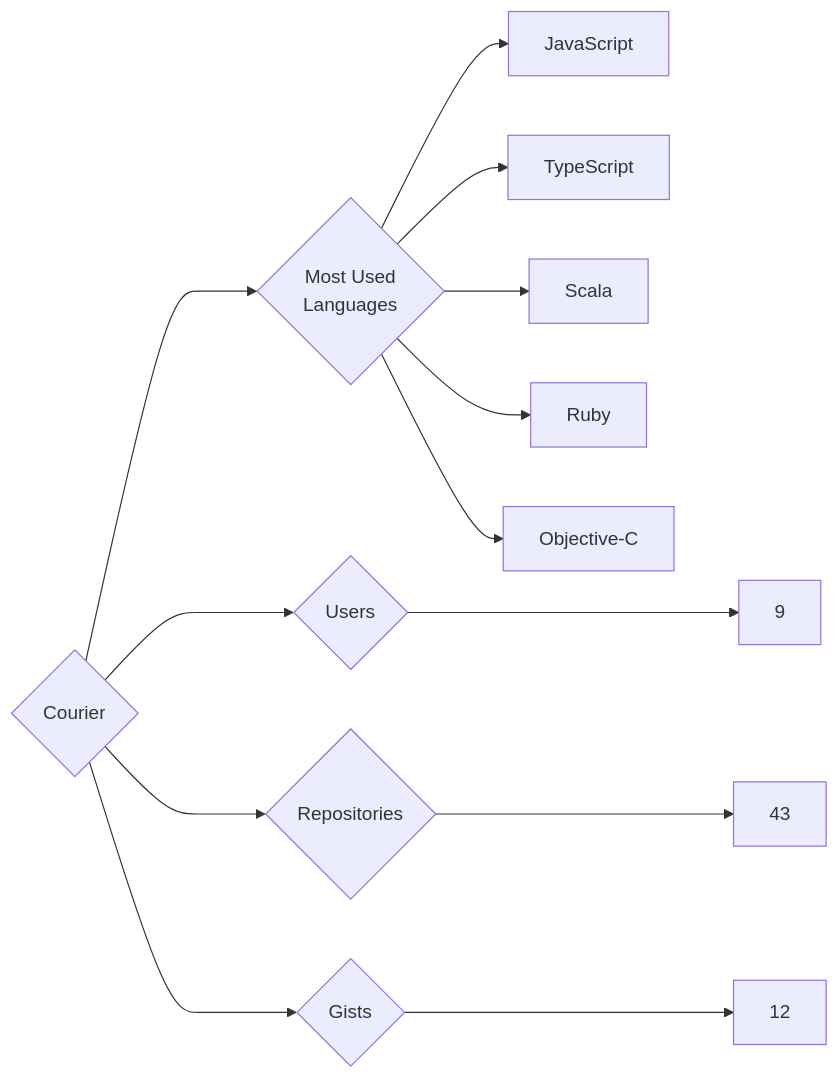
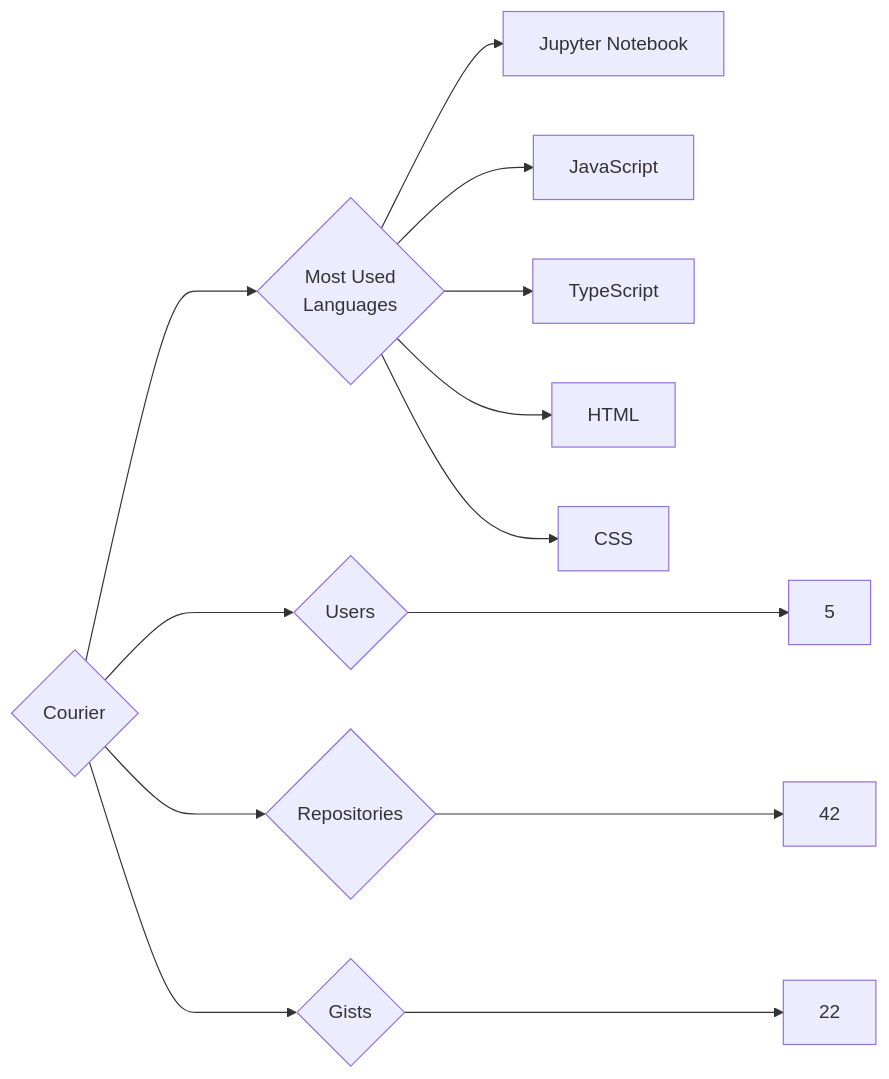
One commit to trickest/insiders changed the diagram in targets/Courier/README.md. Above: the diagram before and after it, drawn with Mermaid. The commit also changed 859 other files, not shown here.

````diff
--- a/targets/Courier/README.md
+++ b/targets/Courier/README.md
@@ -3,13 +3,13 @@
 ```mermaid
 graph LR
 COMPANY_NAME{Courier}
-COMPANY_NAME ---> U{Users} ---> UN[9]
-COMPANY_NAME ---> R{Repositories} ---> RN[43]
-COMPANY_NAME ---> G{Gists} ---> GN[12]
+COMPANY_NAME ---> U{Users} ---> UN[5]
+COMPANY_NAME ---> R{Repositories} ---> RN[42]
+COMPANY_NAME ---> G{Gists} ---> GN[22]
 COMPANY_NAME ---> ML{Most Used<br>Languages}
+ML --> Jupyter_Notebook[Jupyter Notebook]
 ML --> JavaScript[JavaScript]
 ML --> TypeScript[TypeScript]
-ML --> Scala[Scala]
-ML --> Ruby[Ruby]
-ML --> Objective-C[Objective-C]
+ML --> HTML[HTML]
+ML --> CSS[CSS]
 ```
````
